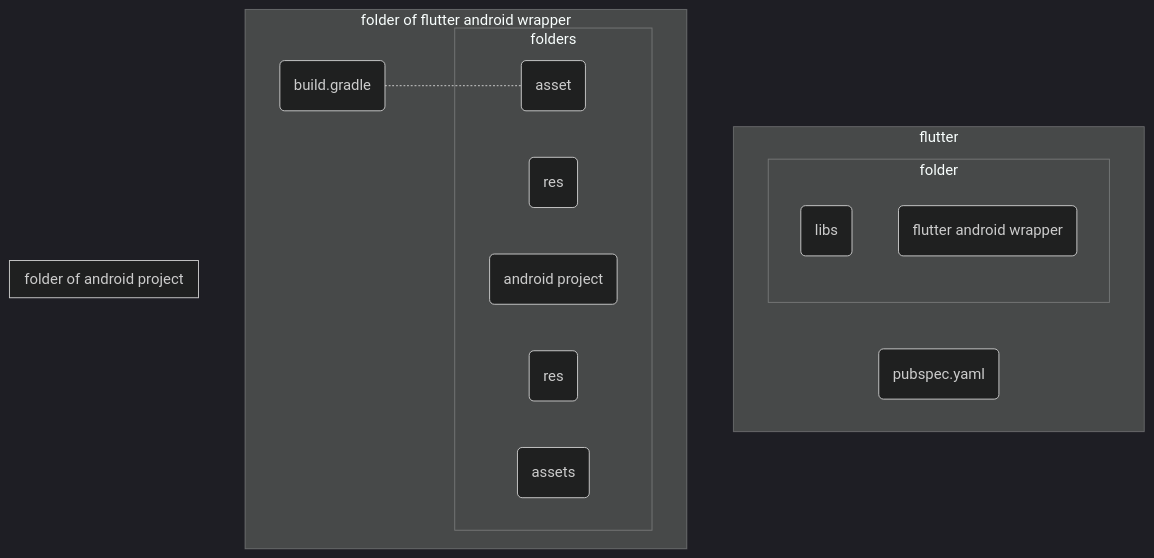
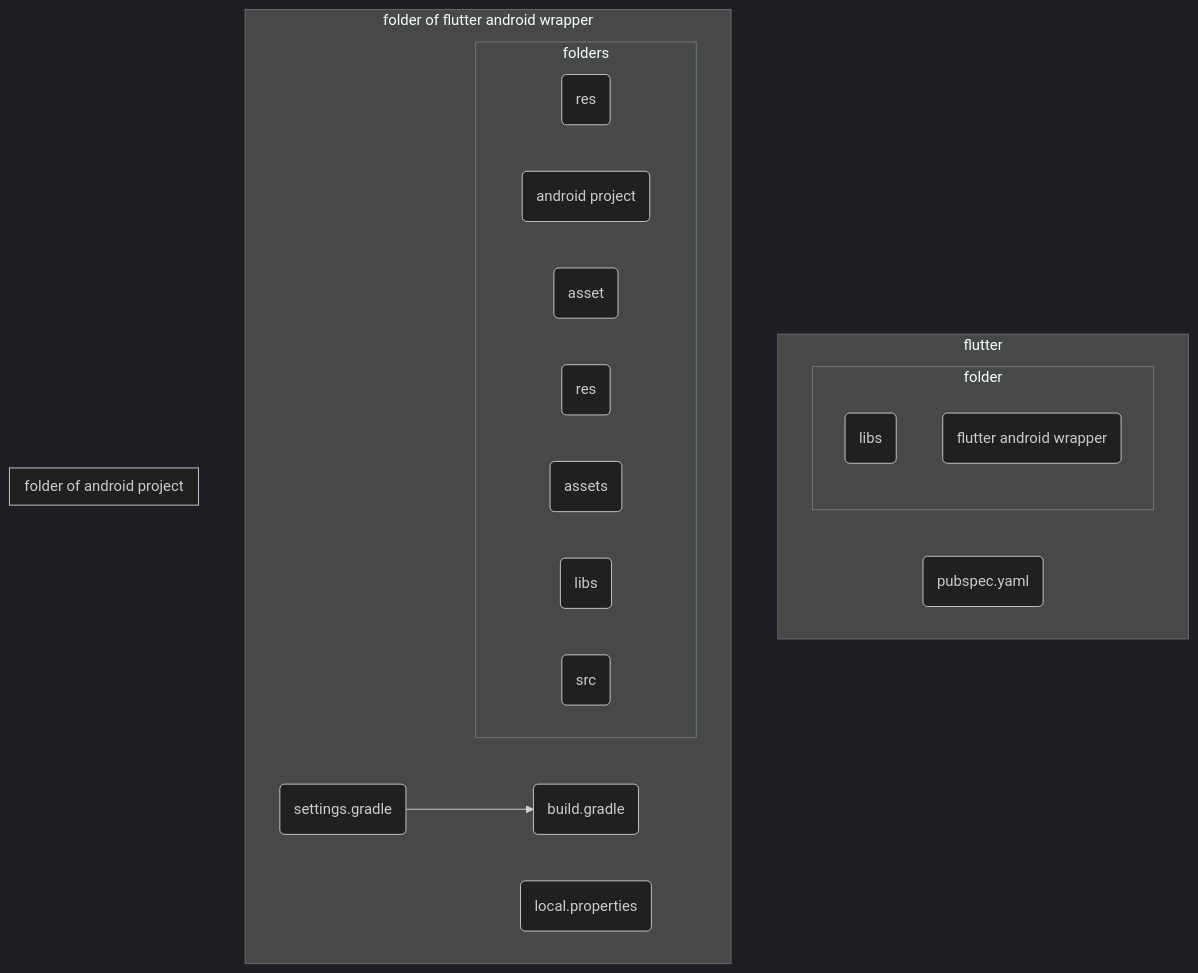
Before and after one commit to gordianknotC/nxp_note: the second of 2 diagrams in flutter/addAndroidProjIntoFlutter.md, drawn with Mermaid (dark theme). The commit also changed other lines of this file, not shown here.

Commit message:
flutter/addAndroidProjIntoFlutter.md updated from https://stackedit.io/

````diff
--- a/flutter/addAndroidProjIntoFlutter.md
+++ b/flutter/addAndroidProjIntoFlutter.md
@@ -225,25 +225,28 @@
 ```mermaid
 graph TB
 	subgraph flutter
 		FP(pubspec.yaml)
 		subgraph folder
 			FL(libs)
 			FA(flutter android wrapper)
 		end
 	end
 	subgraph folder of flutter android wrapper
-		WB(build.gradle) -.- WS(settings.gradle)
+		WS(settings.gradle) --> WB(build.gradle)
+		WL(local.properties)
 		subgraph folders
 			WR(res)
 			WP(android project)
-			WS(asset)
+			WT(asset)
 		end
 	end
 	subgraph folder of android project
+		
 		 subgraph folders
 			 AR(res) 
-			 AS(assets)
-			 
+			 AT(assets)
+			 AL(libs)
+			 AC(src)
 		 end
 	end	 
 ```
````
